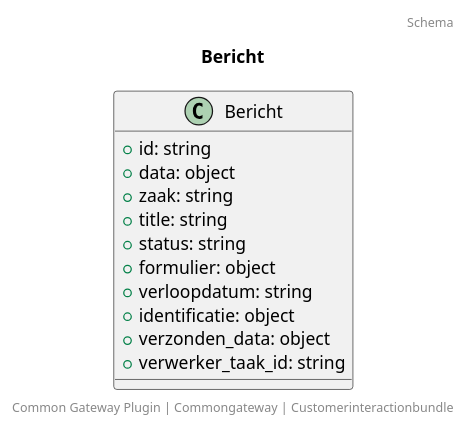
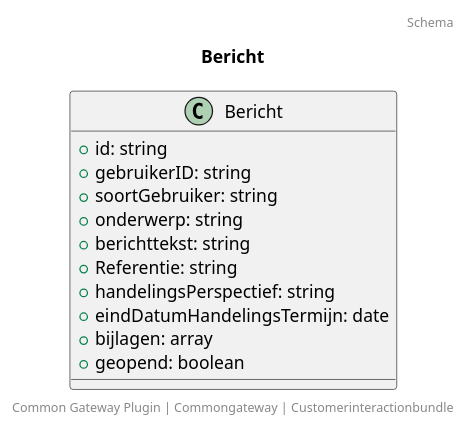
Before and after one commit to CommonGateway/CustomerInteractionBundle: the diagram in docs/schema/klant.bericht.puml, drawn with PlantUML. The commit also changed 4 other files, not shown here.

```diff
--- a/docs/schema/klant.bericht.puml
+++ b/docs/schema/klant.bericht.puml
@@ -1,18 +1,18 @@
 @startuml
 title: Bericht
 footer: Common Gateway Plugin | Commongateway | Customerinteractionbundle 
 header: Schema
 
 class Bericht {
   + id: string
-  + data: object
-  + zaak: string
-  + title: string
-  + status: string
-  + formulier: object
-  + verloopdatum: string
-  + identificatie: object
-  + verzonden_data: object
-  + verwerker_taak_id: string
+  + gebruikerID: string
+  + soortGebruiker: string
+  + onderwerp: string
+  + berichttekst: string
+  + Referentie: string
+  + handelingsPerspectief: string
+  + eindDatumHandelingsTermijn: date
+  + bijlagen: array
+  + geopend: boolean
 }
 @enduml
```
